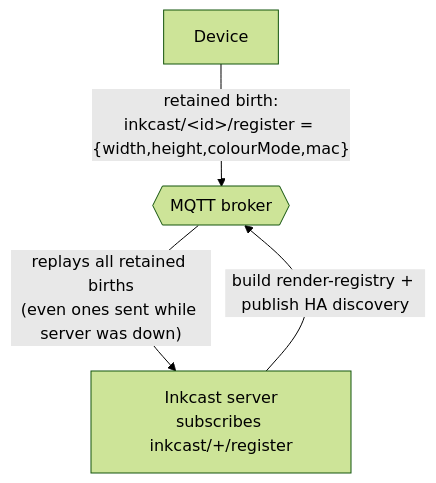
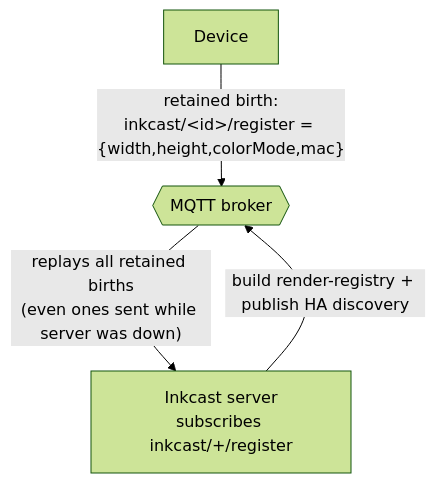
The second of 2 diagrams in docs/architecture.md (Sawtaytoes/castkit), drawn with Mermaid (forest theme) before and after one commit. The commit also changed other lines of this file and 162 other files, not shown here.

````diff
--- a/docs/architecture.md
+++ b/docs/architecture.md
@@ -60,7 +60,7 @@
 ```mermaid
 flowchart TB
   BROKER{{"MQTT broker"}}
-  DEV["Device"] -->|"retained birth:<br/>inkcast/&lt;id&gt;/register = {width,height,colourMode,mac}"| BROKER
+  DEV["Device"] -->|"retained birth:<br/>inkcast/&lt;id&gt;/register = {width,height,colorMode,mac}"| BROKER
   BROKER -->|"replays all retained births<br/>(even ones sent while server was down)"| SRV["Inkcast server<br/>subscribes inkcast/+/register"]
   SRV -->|"build render-registry + publish HA discovery"| BROKER
 ```
````
